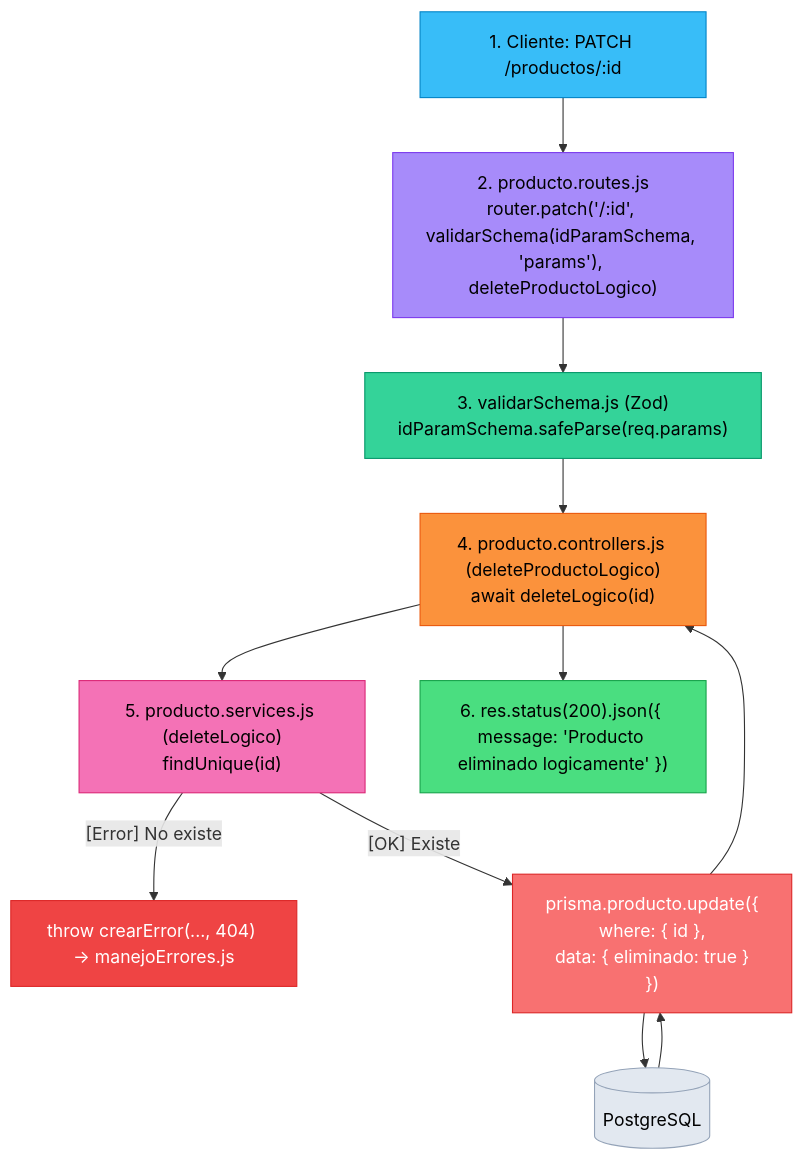
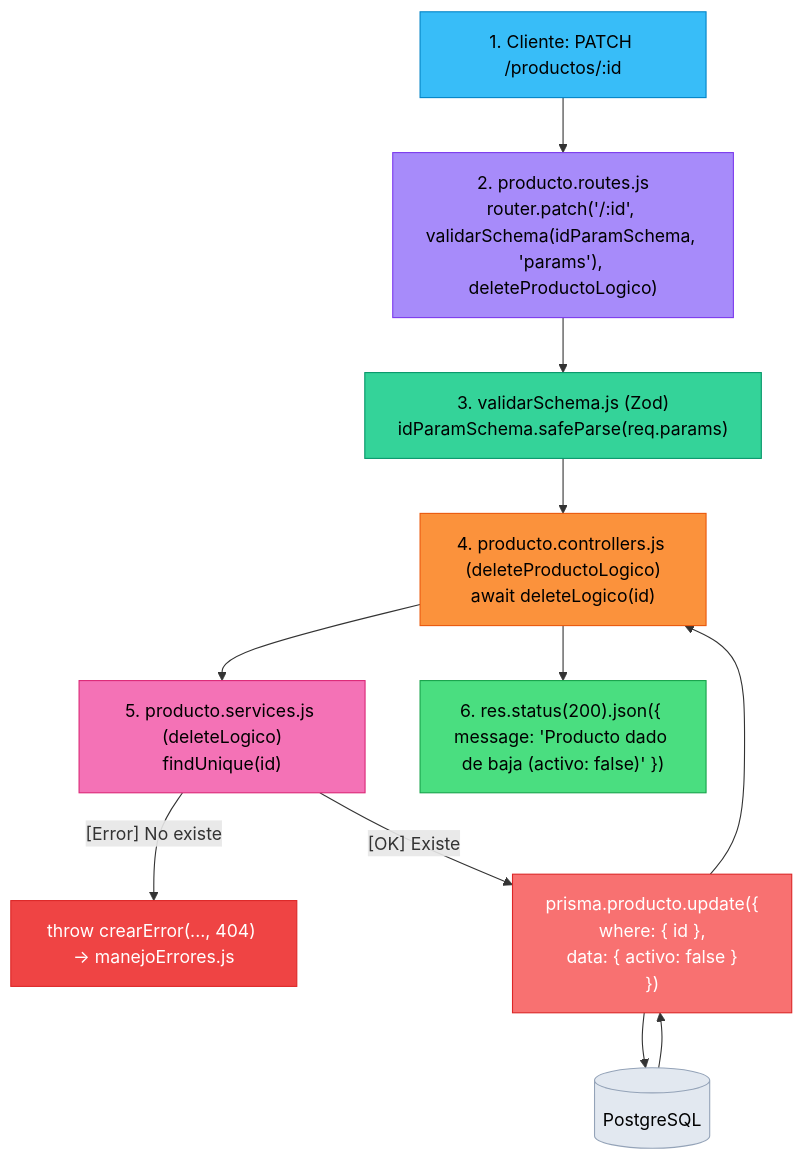
One commit to LeandroSoria24/Trabajo-de-Laboratorio-BACKEND-2026 changed the fifth of 5 diagrams in documentacionPropia/flujoprograma.md. Above: the diagram before and after it, drawn with Mermaid. The commit also changed 17 other files, not shown here.

````diff
--- a/documentacionPropia/flujoprograma.md
+++ b/documentacionPropia/flujoprograma.md
@@ -228,23 +228,23 @@
 ```mermaid
 flowchart TD
     A["1. Cliente: PATCH /productos/:id"] --> B["2. producto.routes.js\nrouter.patch('/:id', validarSchema(idParamSchema, 'params'), deleteProductoLogico)"]
     B --> C["3. validarSchema.js (Zod)\nidParamSchema.safeParse(req.params)"]
     C --> D["4. producto.controllers.js (deleteProductoLogico)\nawait deleteLogico(id)"]
     D --> E["5. producto.services.js (deleteLogico)\nfindUnique(id)"]
     E -->|"[Error] No existe"| F["throw crearError(..., 404) -> manejoErrores.js"]
-    E -->|"[OK] Existe"| G["prisma.producto.update({\n  where: { id },\n  data: { eliminado: true }\n})"]
+    E -->|"[OK] Existe"| G["prisma.producto.update({\n  where: { id },\n  data: { activo: false }\n})"]
     G --> H[("PostgreSQL")]
     H --> G
     G --> D
-    D --> I["6. res.status(200).json({ message: 'Producto eliminado logicamente' })"]
+    D --> I["6. res.status(200).json({ message: 'Producto dado de baja (activo: false)' })"]
 
     style A fill:#38bdf8,stroke:#0284c7,color:#000
     style B fill:#a78bfa,stroke:#7c3aed,color:#000
     style C fill:#34d399,stroke:#059669,color:#000
     style D fill:#fb923c,stroke:#ea580c,color:#000
     style E fill:#f472b6,stroke:#db2777,color:#000
     style G fill:#f87171,stroke:#dc2626,color:#fff
     style H fill:#e2e8f0,stroke:#94a3b8,color:#000
     style I fill:#4ade80,stroke:#16a34a,color:#000
     style F fill:#ef4444,stroke:#dc2626,color:#fff
 ```
````
